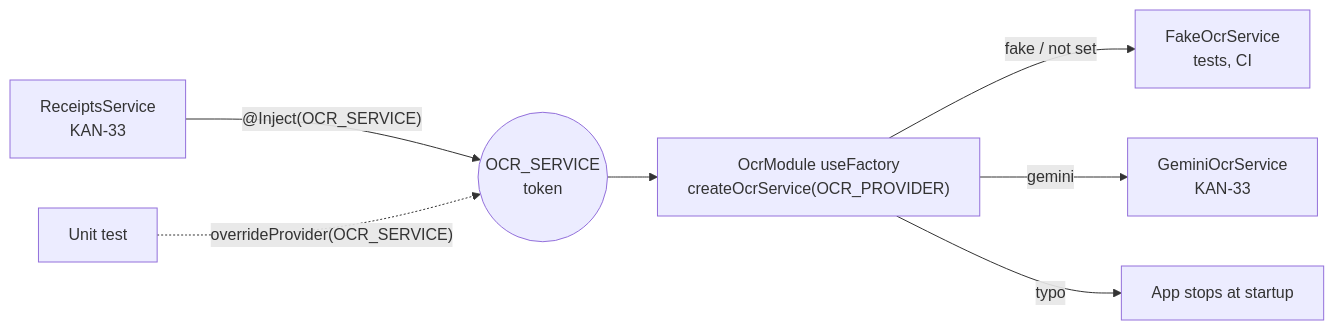
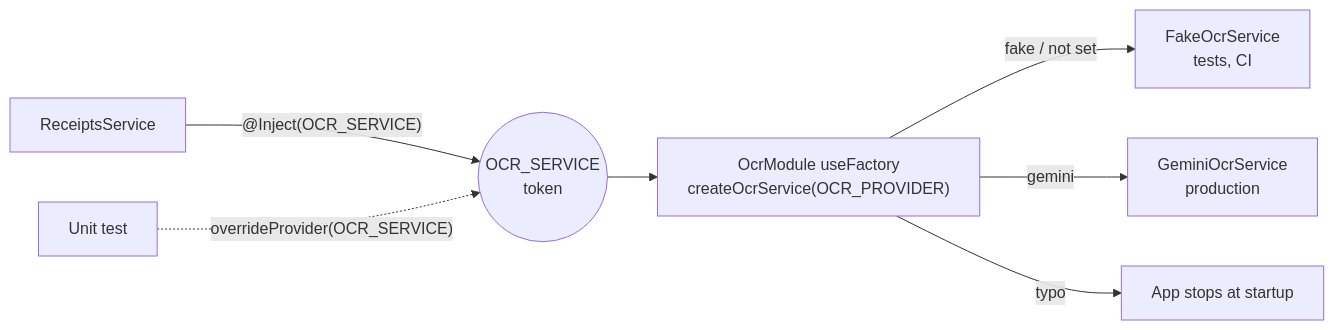
One commit to cheewei0123/ay2626s2-cicdp-ChongCheeWei changed the second of 3 diagrams in docs/architecture.md. Above: the diagram before and after it, drawn with Mermaid. The commit also changed other lines of this file and 32 other files, not shown here.

````diff
--- a/docs/architecture.md
+++ b/docs/architecture.md
@@ -57,9 +57,9 @@
 ```mermaid
 flowchart LR
-  R[ReceiptsService<br/>KAN-33] -->|"@Inject(OCR_SERVICE)"| T((OCR_SERVICE<br/>token))
+  R[ReceiptsService] -->|"@Inject(OCR_SERVICE)"| T((OCR_SERVICE<br/>token))
   T --> F["OcrModule useFactory<br/>createOcrService(OCR_PROVIDER)"]
   F -->|fake / not set| FK[FakeOcrService<br/>tests, CI]
-  F -->|gemini| GM[GeminiOcrService<br/>KAN-33]
+  F -->|gemini| GM[GeminiOcrService<br/>production]
   F -->|typo| X[App stops at startup]
   TS[Unit test] -.->|"overrideProvider(OCR_SERVICE)"| T
 ```
````
